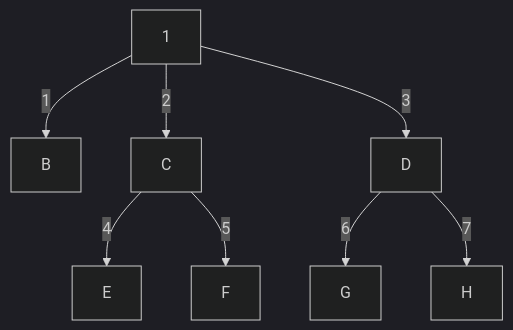
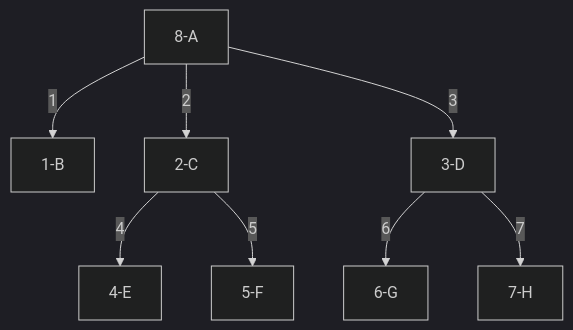
Before and after one commit to z1skgr/materials.c: the diagram in README.md, drawn with Mermaid (dark theme).

````diff
--- a/README.md
+++ b/README.md
@@ -21,10 +21,10 @@
 ```mermaid
 graph TD;
-    A[1]-->|1|B;
-    A-->|2|C;
-    A-->|3|D;
-    C-->|4|E;
-    C-->|5|F;
-    D-->|6|G;
-    D-->|7|H;
+    A[8-A]-->|1|B[1-B];
+    A-->|2|C[2-C];
+    A-->|3|D[3-D];
+    C-->|4|E[4-E];
+    C-->|5|F[5-F];
+    D-->|6|G[6-G];
+    D-->|7|H[7-H];
 ```
````
